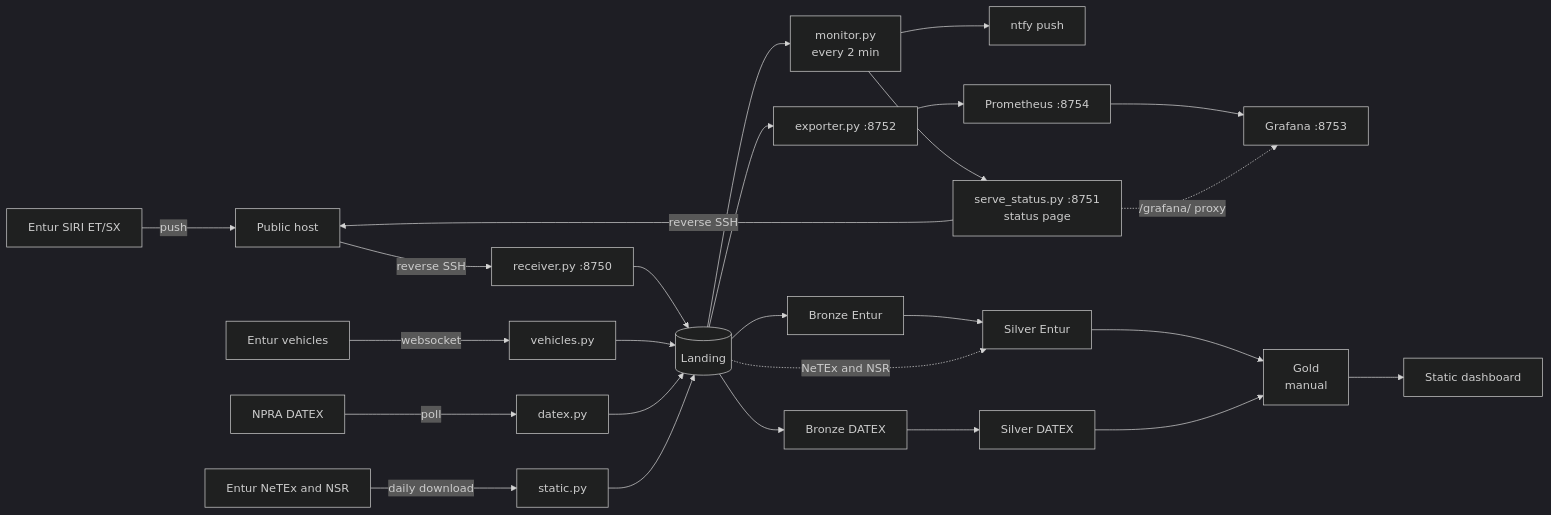
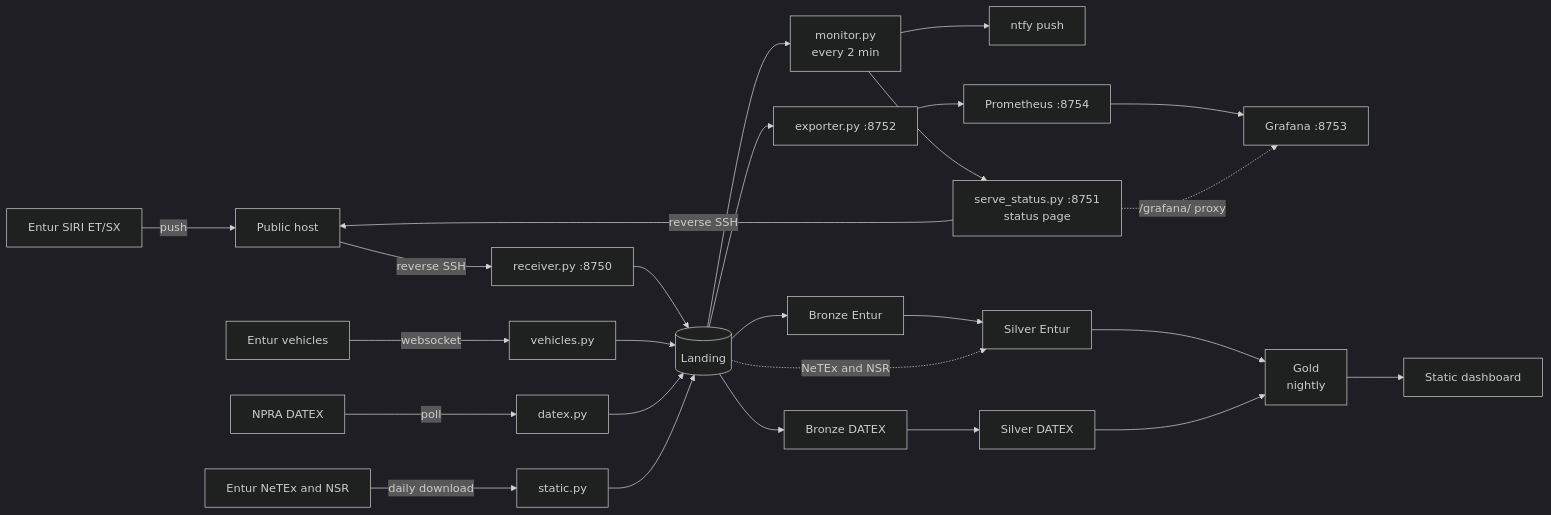
Before and after one commit to DanyGoT/dat535-group21: the diagram in docs/system/architecture.md, drawn with Mermaid (dark theme). The commit also changed other lines of this file and 18 other files, not shown here.

````diff
--- a/docs/system/architecture.md
+++ b/docs/system/architecture.md
@@ -8,20 +8,20 @@
 ```mermaid
 flowchart LR
     ET[Entur SIRI ET/SX] -- push --> PH[Public host]
     PH -- reverse SSH --> R[receiver.py :8750]
     VP[Entur vehicles] -- websocket --> V[vehicles.py]
     DX[NPRA DATEX] -- poll --> D[datex.py]
     NT[Entur NeTEx and NSR] -- daily download --> S[static.py]
     R & V & D & S --> L[(Landing)]
 
     L --> M[monitor.py<br/>every 2 min]
     M --> N[ntfy push]
     M --> ST[serve_status.py :8751<br/>status page]
     ST -- reverse SSH --> PH
     L --> X[exporter.py :8752] --> P[Prometheus :8754] --> G[Grafana :8753]
     ST -. /grafana/ proxy .-> G
 
-    L --> BE[Bronze Entur] --> SE[Silver Entur] --> GO[Gold<br/>manual] --> DB[Static dashboard]
+    L --> BE[Bronze Entur] --> SE[Silver Entur] --> GO[Gold<br/>nightly] --> DB[Static dashboard]
     L --> BD[Bronze DATEX] --> SD[Silver DATEX] --> GO
     L -. NeTEx and NSR .-> SE
 ```
````
